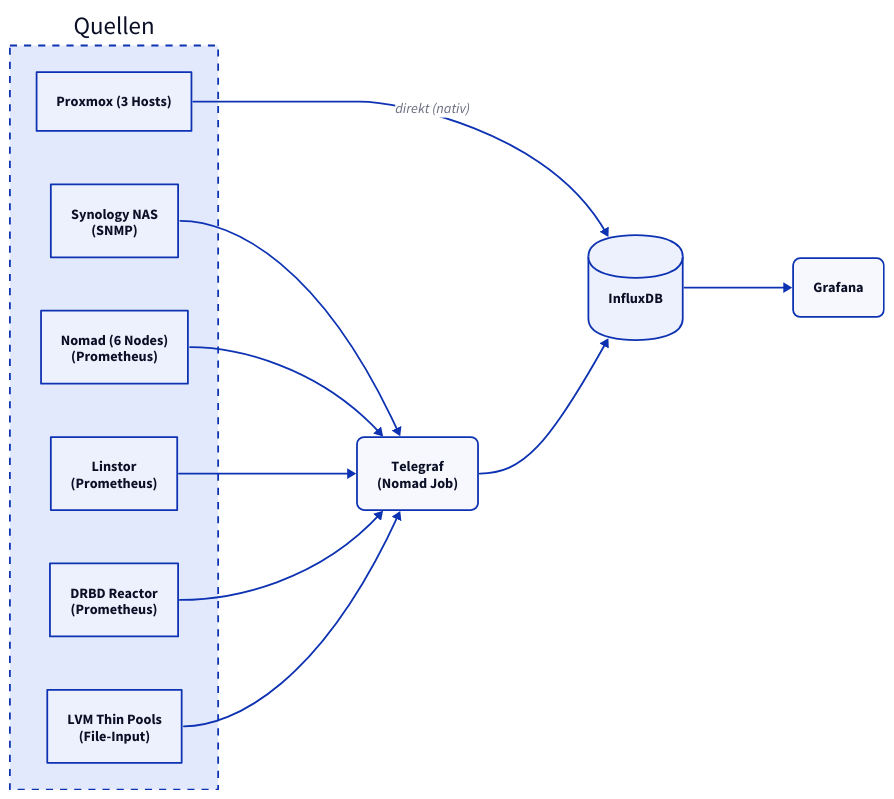
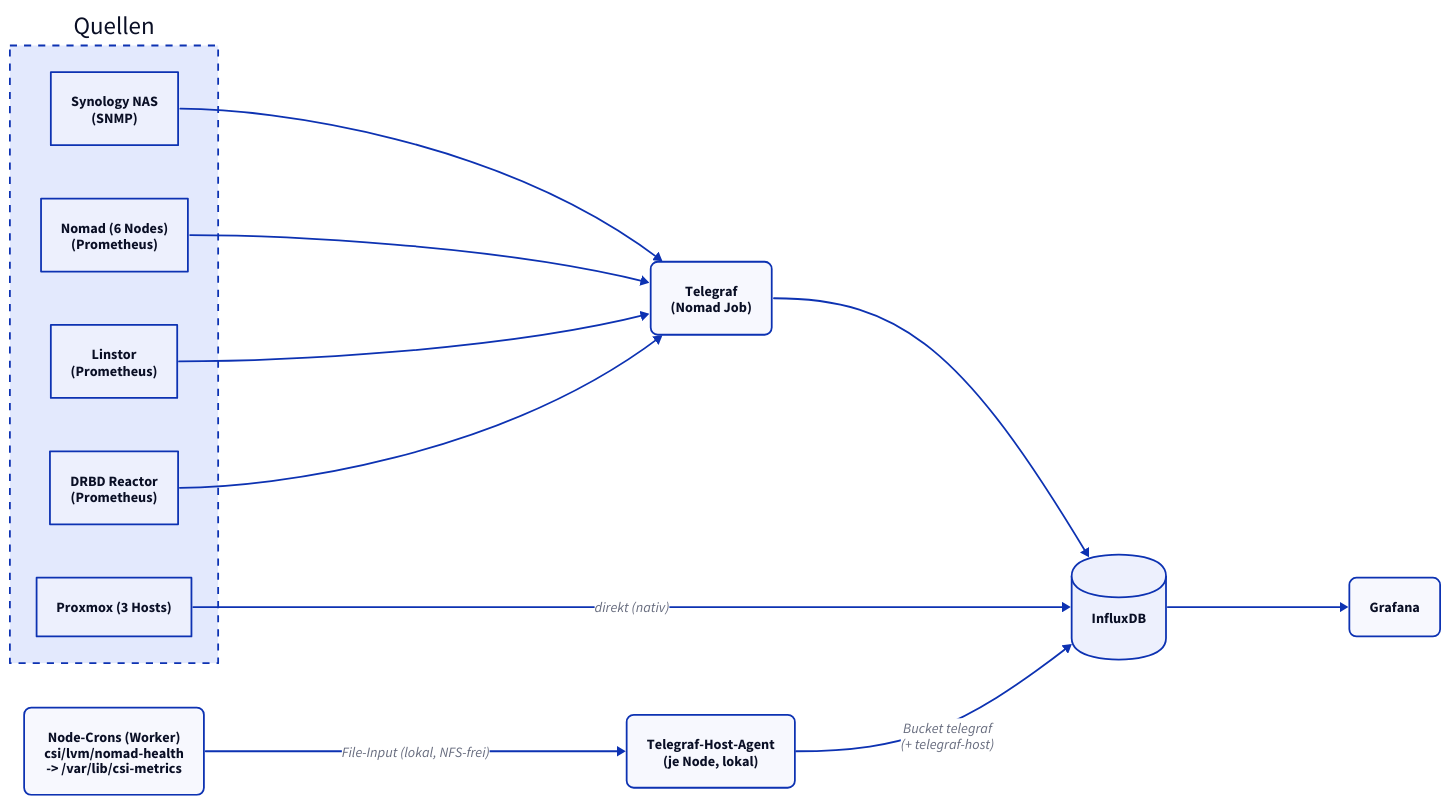
The diagram in docs/monitoring/influxdb.md (derever-labs/homelab-wiki), drawn with D2 before and after one commit. The commit also changed other lines of this file and 2 other files, not shown here.

First line of the commit message:
docs(monitoring): NFS-Entkopplung der Node-Metrik-Crons dokumentieren

````diff
--- a/docs/monitoring/influxdb.md
+++ b/docs/monitoring/influxdb.md
@@ -26,27 +26,29 @@
 ```d2
 direction: right
 
 Sources: Quellen {
   style.stroke-dash: 4
   NAS: "Synology NAS\n(SNMP)"
   Nomad: "Nomad (6 Nodes)\n(Prometheus)"
   Linstor: "Linstor\n(Prometheus)"
   DRBD: "DRBD Reactor\n(Prometheus)"
-  LVM: "LVM Thin Pools\n(File-Input)"
   Proxmox: "Proxmox (3 Hosts)"
 }
 
+NodeCron: "Node-Crons (Worker)\ncsi/lvm/nomad-health\n-> /var/lib/csi-metrics" { style.border-radius: 8 }
+TELHOST: "Telegraf-Host-Agent\n(je Node, lokal)" { style.border-radius: 8 }
 TEL: "Telegraf\n(Nomad Job)" { style.border-radius: 8 }
 INFLUX: "InfluxDB" { shape: cylinder }
 GRAF: Grafana { style.border-radius: 8 }
 
 Sources.NAS -> TEL
 Sources.Nomad -> TEL
 Sources.Linstor -> TEL
 Sources.DRBD -> TEL
-Sources.LVM -> TEL
 Sources.Proxmox -> INFLUX: direkt (nativ)
 
+NodeCron -> TELHOST: File-Input (lokal, NFS-frei)
+TELHOST -> INFLUX: "Bucket telegraf\n(+ telegraf-host)"
 TEL -> INFLUX
 INFLUX -> GRAF
 ```
````
